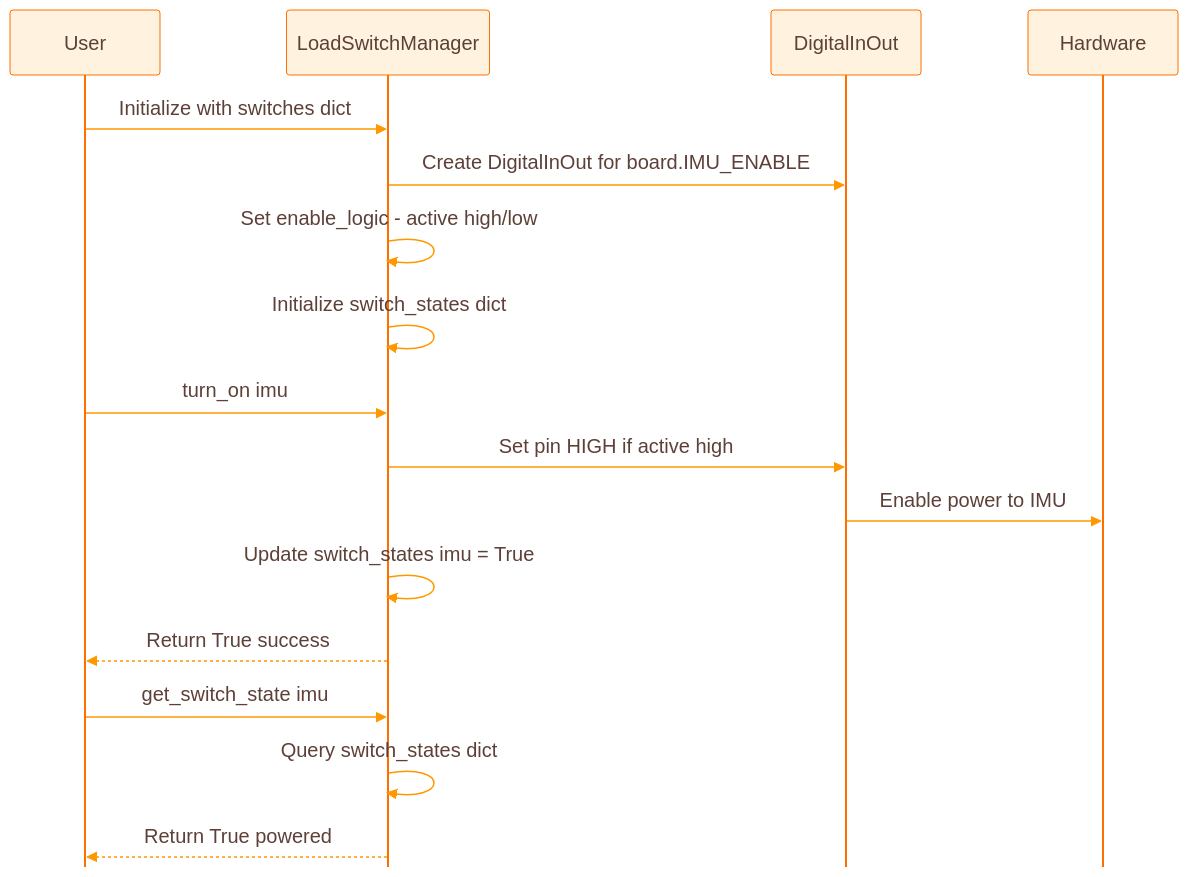
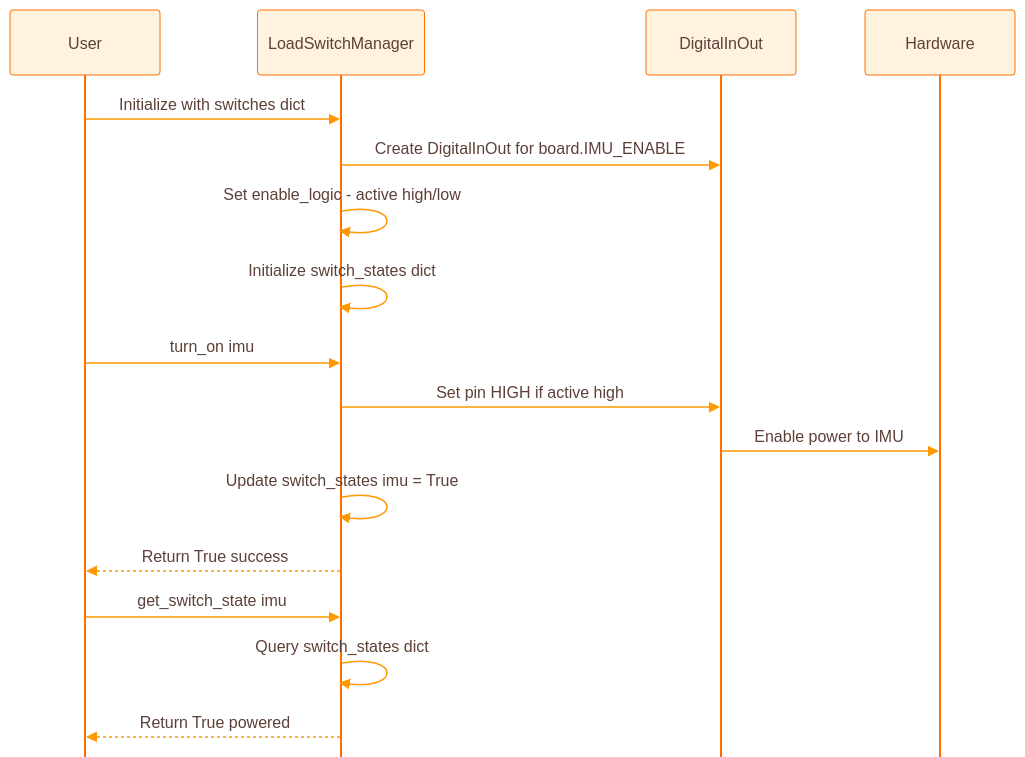
The fourth of 5 diagrams in docs/diagrams/overview.md (Lizo-RoadTown/PROVES_LIBRARY), drawn with Mermaid before and after one commit. The commit also changed other lines of this file and 6 other files, not shown here.

```diff
--- a/docs/diagrams/overview.md
+++ b/docs/diagrams/overview.md
@@ -707,7 +715,7 @@
 ---
 config:
   theme: base
-  fontSize: 20
+  fontSize: 16
   themeCSS: |
     .node rect, .cluster rect, .edgePath path { transition: filter 0.2s ease, stroke-width: 0.2s ease; }
     .node:hover rect, .cluster:hover rect, .edgePath:hover path { filter: drop-shadow(0 0 8px rgba(0,0,0,0.35)); stroke-width: 3px; }
@@ -727,7 +735,7 @@
     textColor: '#5D4037'
     lineColor: '#FF9800'
     fontFamily: '"Segoe UI", Tahoma, Geneva, Verdana, sans-serif'
-    fontSize: '24px'
+    fontSize: '16px'
     nodeBorder: '#FF6F00'
     mainBkg: '#FFF3E0'
     clusterBkg: '#F3E5F5'
@@ -783,7 +791,7 @@
     attributeBackgroundColorOdd: '#FFF8E1'
     attributeBackgroundColorEven: '#FFF3E0'
   gantt:
-    fontSize: 20
+    fontSize: 16
     barHeight: 24
     barGap: 6
     topPadding: 50
```
